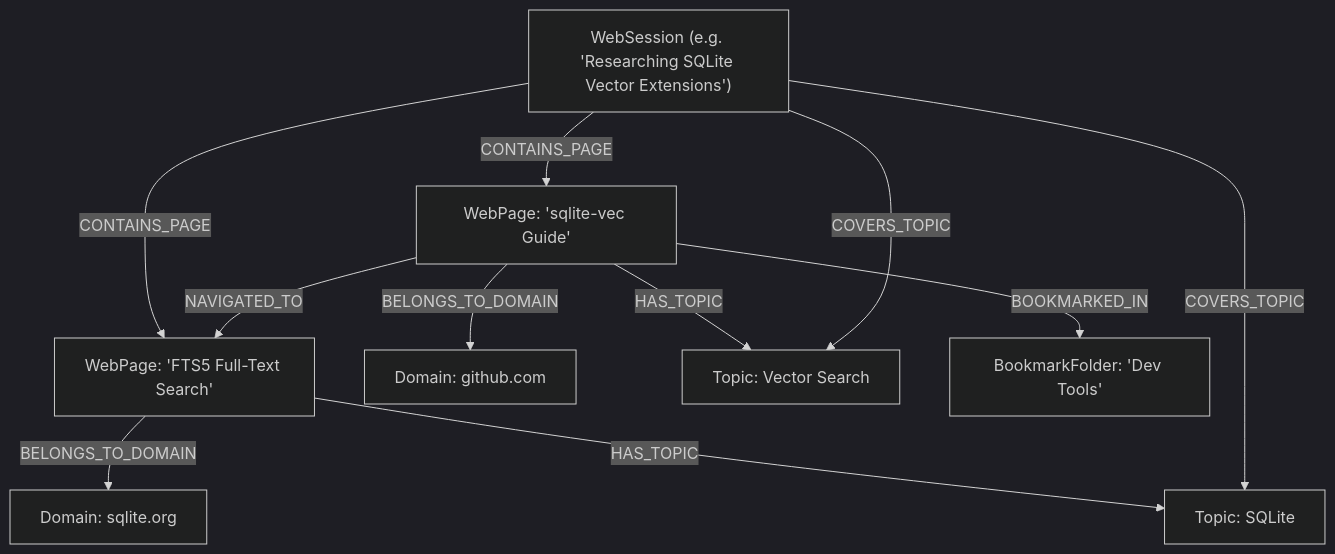
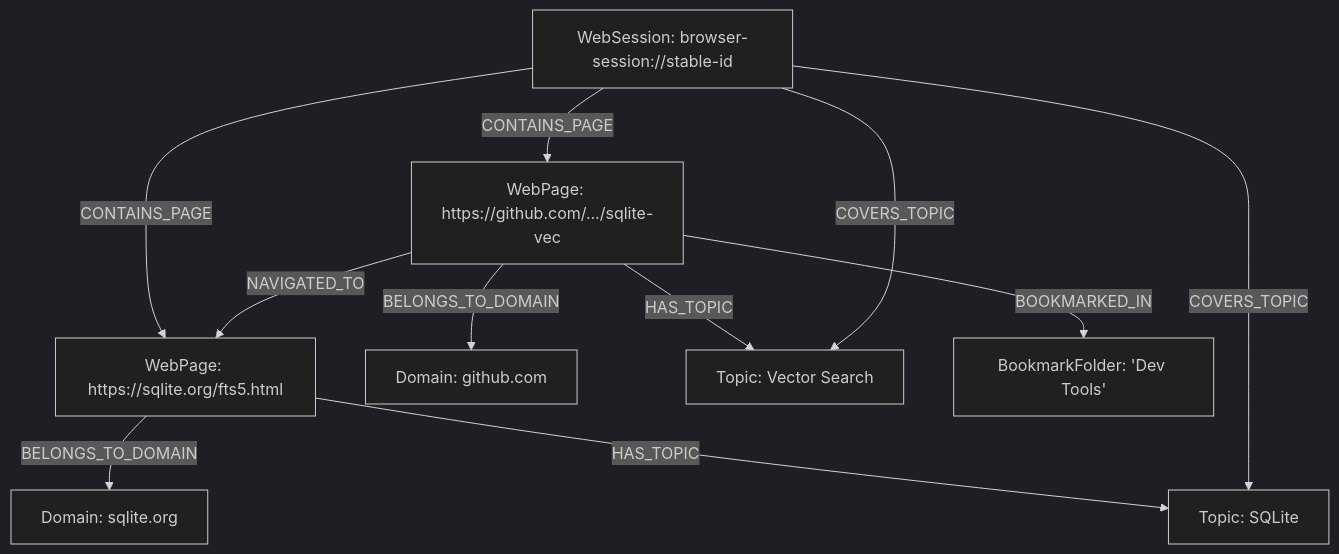
One commit to zeiteigen/shale changed the diagram in extensions/browser/README.md. Above: the diagram before and after it, drawn with Mermaid (dark theme). The commit also changed other lines of this file and 22 other files, not shown here.

````diff
--- a/extensions/browser/README.md
+++ b/extensions/browser/README.md
@@ -69,22 +71,22 @@
 ```mermaid
 graph TD
-    WS["WebSession (e.g. 'Researching SQLite Vector Extensions')"]
-    WP1["WebPage: 'sqlite-vec Guide'"]
-    WP2["WebPage: 'FTS5 Full-Text Search'"]
+    WS["WebSession: browser-session://stable-id"]
+    WP1["WebPage: https://github.com/.../sqlite-vec"]
+    WP2["WebPage: https://sqlite.org/fts5.html"]
     D1["Domain: github.com"]
     D2["Domain: sqlite.org"]
     T1["Topic: SQLite"]
     T2["Topic: Vector Search"]
     BF["BookmarkFolder: 'Dev Tools'"]
 
     WS -->|CONTAINS_PAGE| WP1
     WS -->|CONTAINS_PAGE| WP2
     WP1 -->|NAVIGATED_TO| WP2
     WP1 -->|BELONGS_TO_DOMAIN| D1
     WP2 -->|BELONGS_TO_DOMAIN| D2
     WP1 -->|HAS_TOPIC| T2
     WP2 -->|HAS_TOPIC| T1
     WS -->|COVERS_TOPIC| T1
     WS -->|COVERS_TOPIC| T2
     WP1 -->|BOOKMARKED_IN| BF
 ```
````
